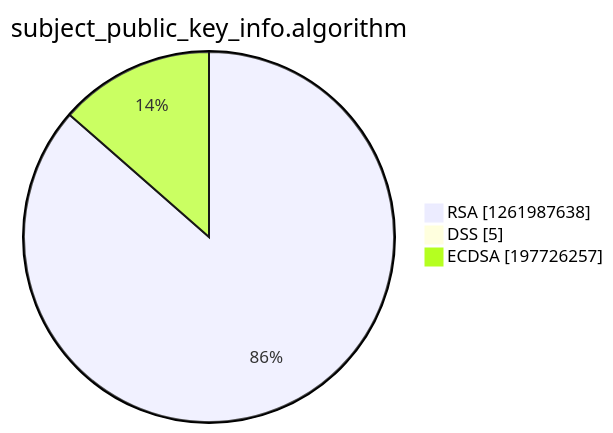
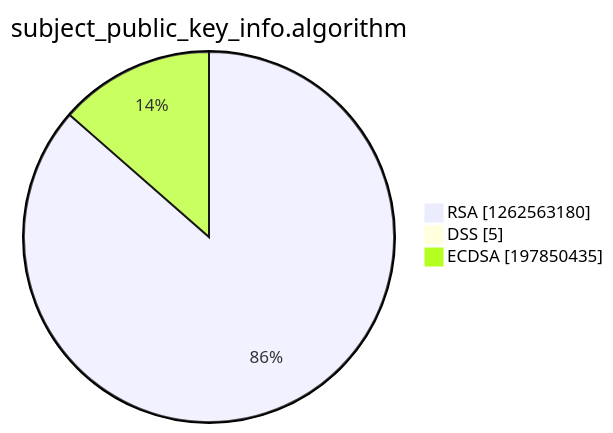
Before and after one commit to christiankrug/ctmonitor_visualization: the third of 15 diagrams in argon2022/README.md, drawn with Mermaid. The commit also changed other lines of this file, not shown here.

````diff
--- a/argon2022/README.md
+++ b/argon2022/README.md
@@ -14,7 +14,7 @@
 ```mermaid
 pie showData
 title subject_public_key_info.algorithm
-"RSA" :1261987638
+"RSA" :1262563180
 "DSS" :5
-"ECDSA" :197726257
+"ECDSA" :197850435
 ```
````
